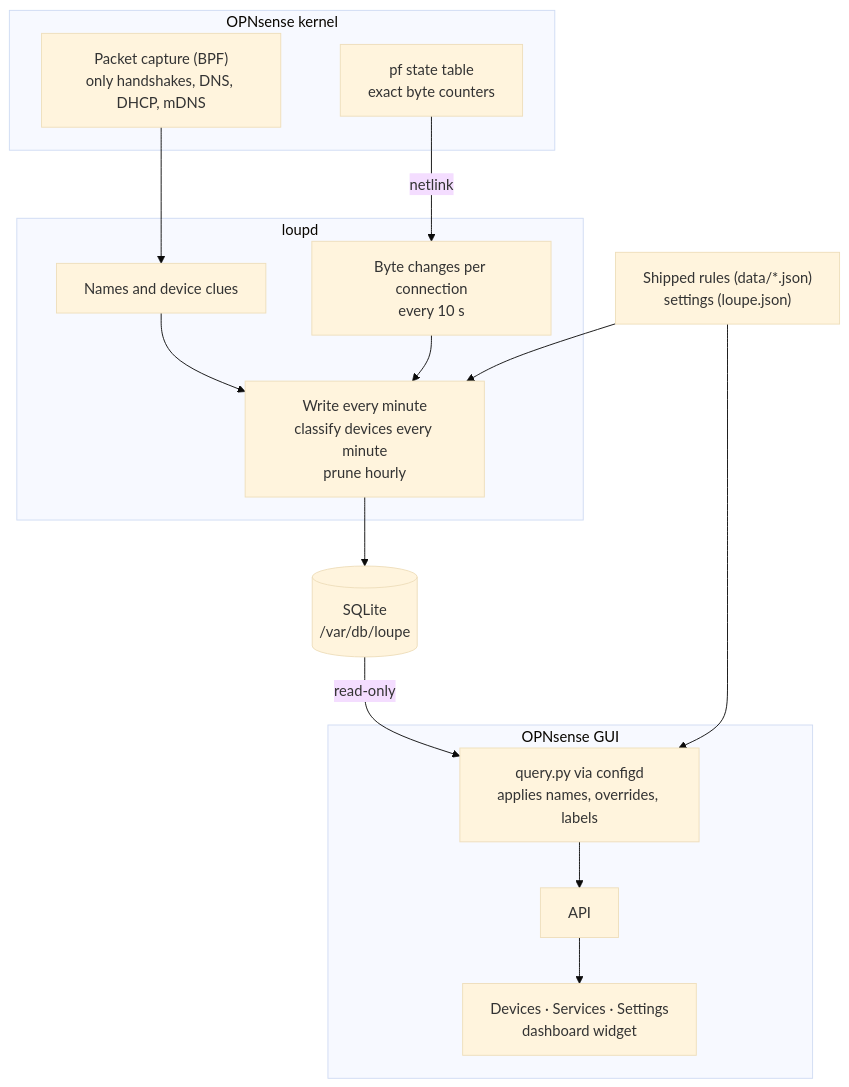
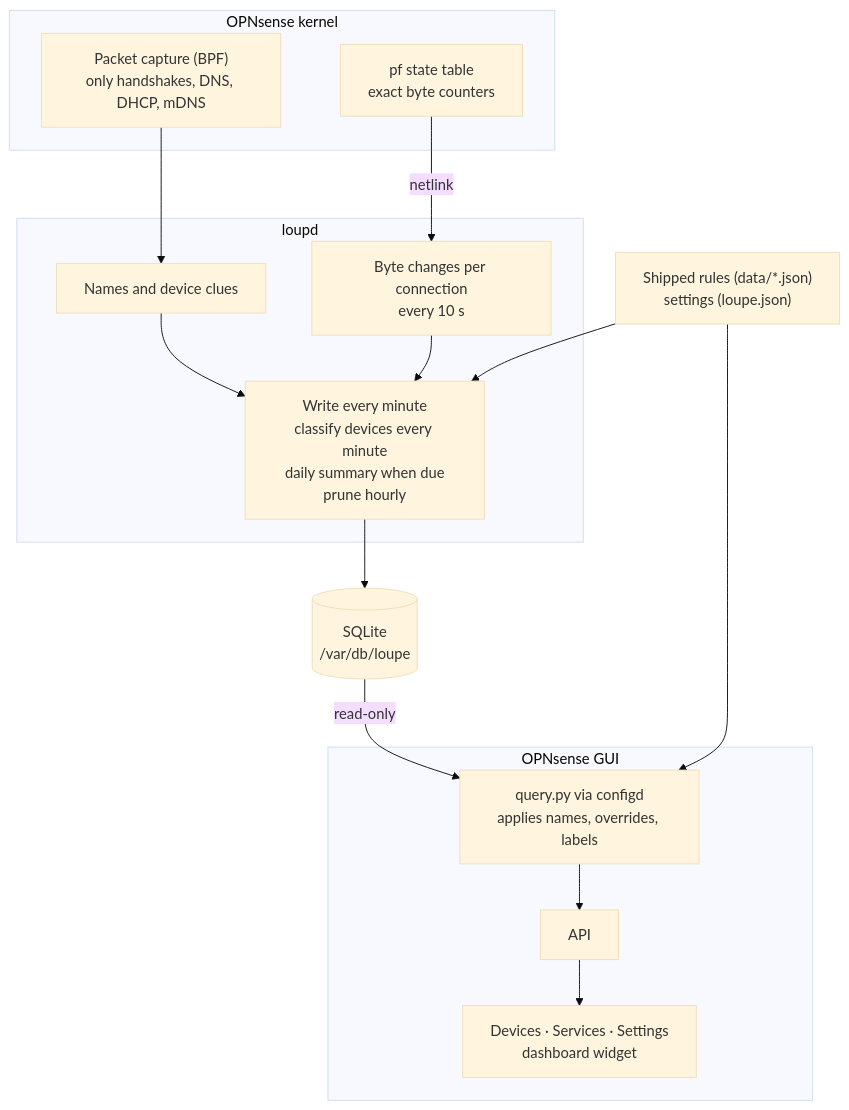
Before and after one commit to alokdhir/os-loupe: the diagram in docs/DESIGN.md, drawn with Mermaid (base theme). The commit also changed other lines of this file and 5 other files, not shown here.

````diff
--- a/docs/DESIGN.md
+++ b/docs/DESIGN.md
@@ -13,25 +13,25 @@
 ```mermaid
 flowchart TB
     subgraph kernel["OPNsense kernel"]
         bpf["Packet capture (BPF)<br/>only handshakes, DNS, DHCP, mDNS"]
         pf["pf state table<br/>exact byte counters"]
     end
     subgraph daemon["loupd"]
         names["Names and device clues"]
         bytes["Byte changes per connection<br/>every 10 s"]
-        flush["Write every minute<br/>classify devices every minute<br/>prune hourly"]
+        flush["Write every minute<br/>classify devices every minute<br/>daily summary when due<br/>prune hourly"]
     end
     db[("SQLite<br/>/var/db/loupe")]
     data["Shipped rules (data/*.json)<br/>settings (loupe.json)"]
     subgraph gui["OPNsense GUI"]
         query["query.py via configd<br/>applies names, overrides, labels"]
         api["API"]
         pages["Devices · Services · Settings<br/>dashboard widget"]
     end
     bpf --> names --> flush
     pf -- "netlink" --> bytes --> flush
     flush --> db
     db -- "read-only" --> query --> api --> pages
     data --> flush
     data --> query
 ```
````
